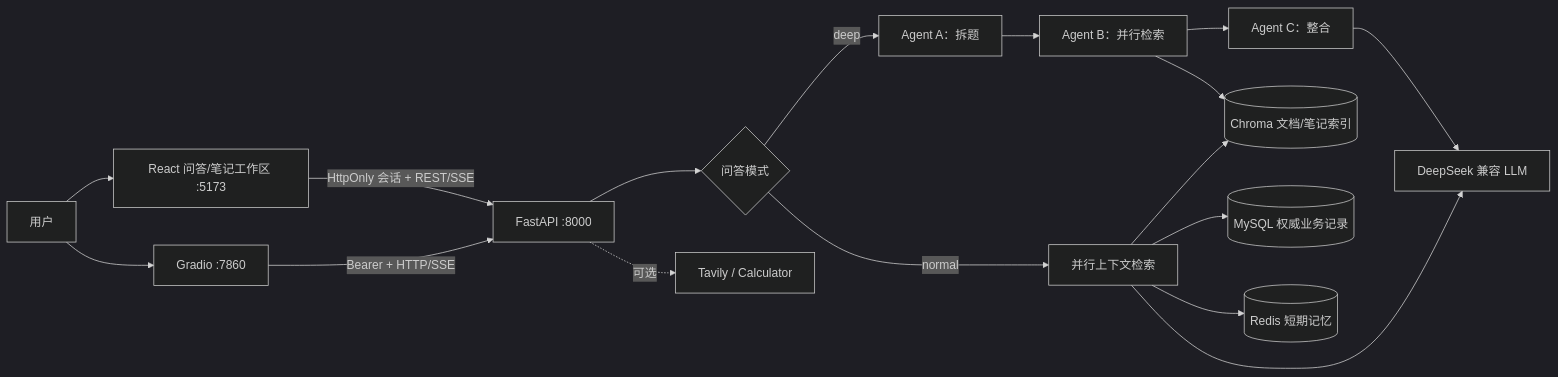
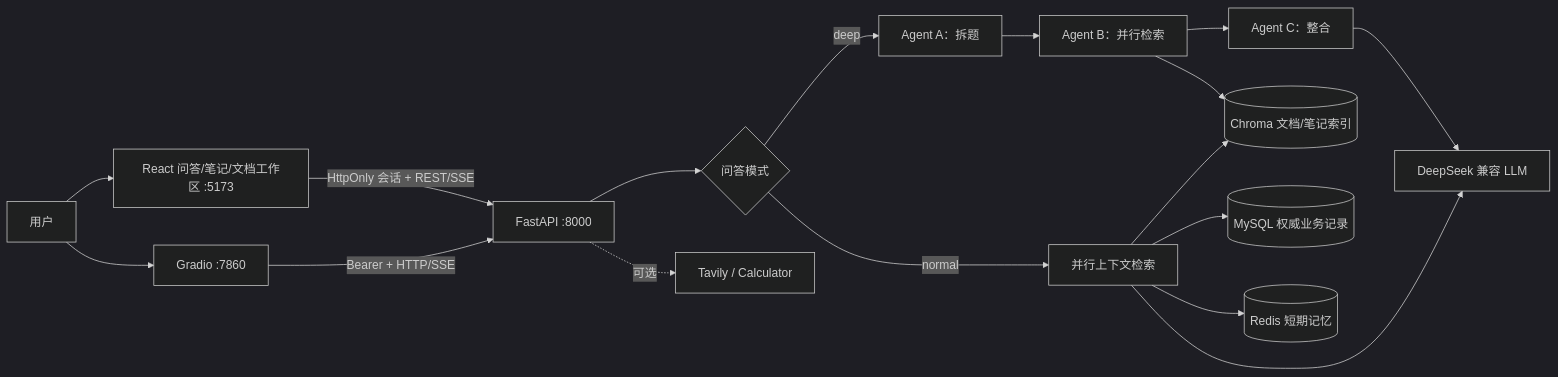
Before and after one commit to louwangss/ai-knowledge-qa: the diagram in README.md, drawn with Mermaid (dark theme). The commit also changed other lines of this file and 21 other files, not shown here.

````diff
--- a/README.md
+++ b/README.md
@@ -18,21 +18,21 @@
 ```mermaid
 flowchart LR
     U["用户"] --> G["Gradio :7860"]
-    U --> W["React 问答/笔记工作区 :5173"]
+    U --> W["React 问答/笔记/文档工作区 :5173"]
     G -->|"Bearer + HTTP/SSE"| A["FastAPI :8000"]
     W -->|"HttpOnly 会话 + REST/SSE"| A
 
     A --> M{"问答模式"}
     M -->|"normal"| R["并行上下文检索"]
     M -->|"deep"| D["Agent A：拆题"]
     D --> E["Agent B：并行检索"]
     E --> S["Agent C：整合"]
 
     R --> C[("Chroma 文档/笔记索引")]
     E --> C
     R --> MY[("MySQL 权威业务记录")]
     R --> RE[("Redis 短期记忆")]
     R --> L["DeepSeek 兼容 LLM"]
     S --> L
     A -. "可选" .-> T["Tavily / Calculator"]
 ```
````
